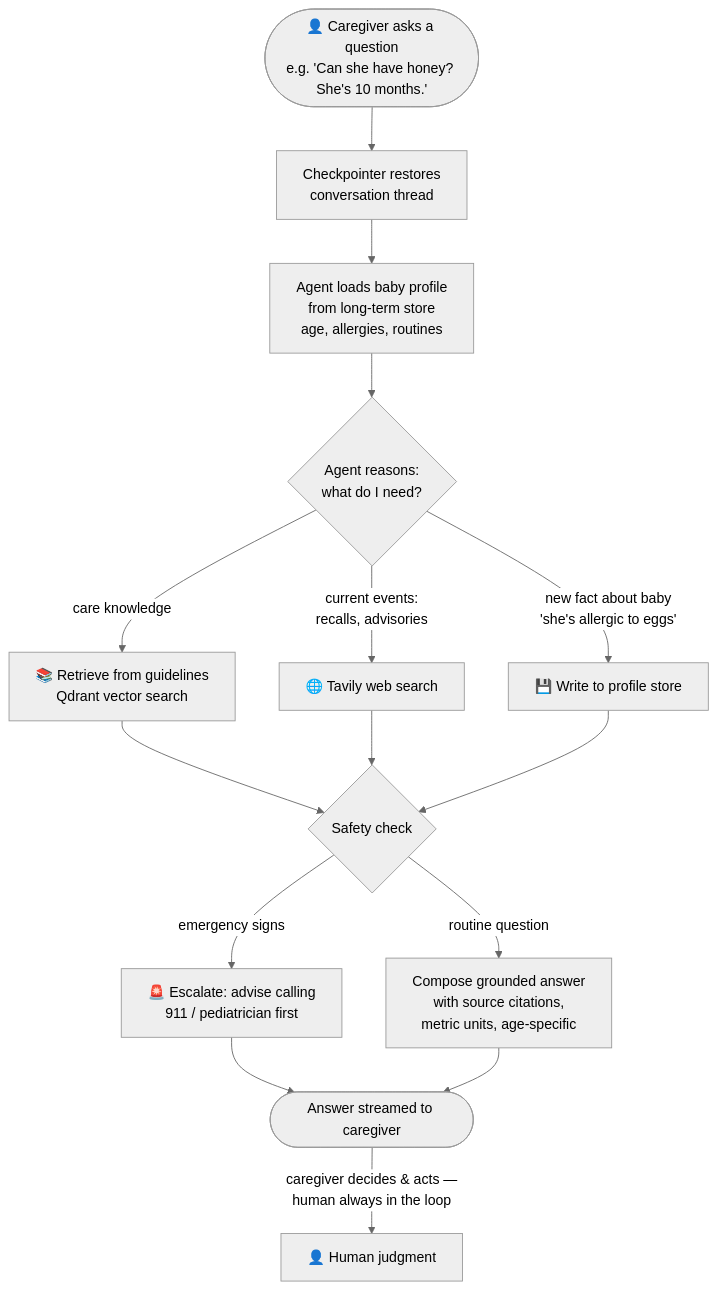
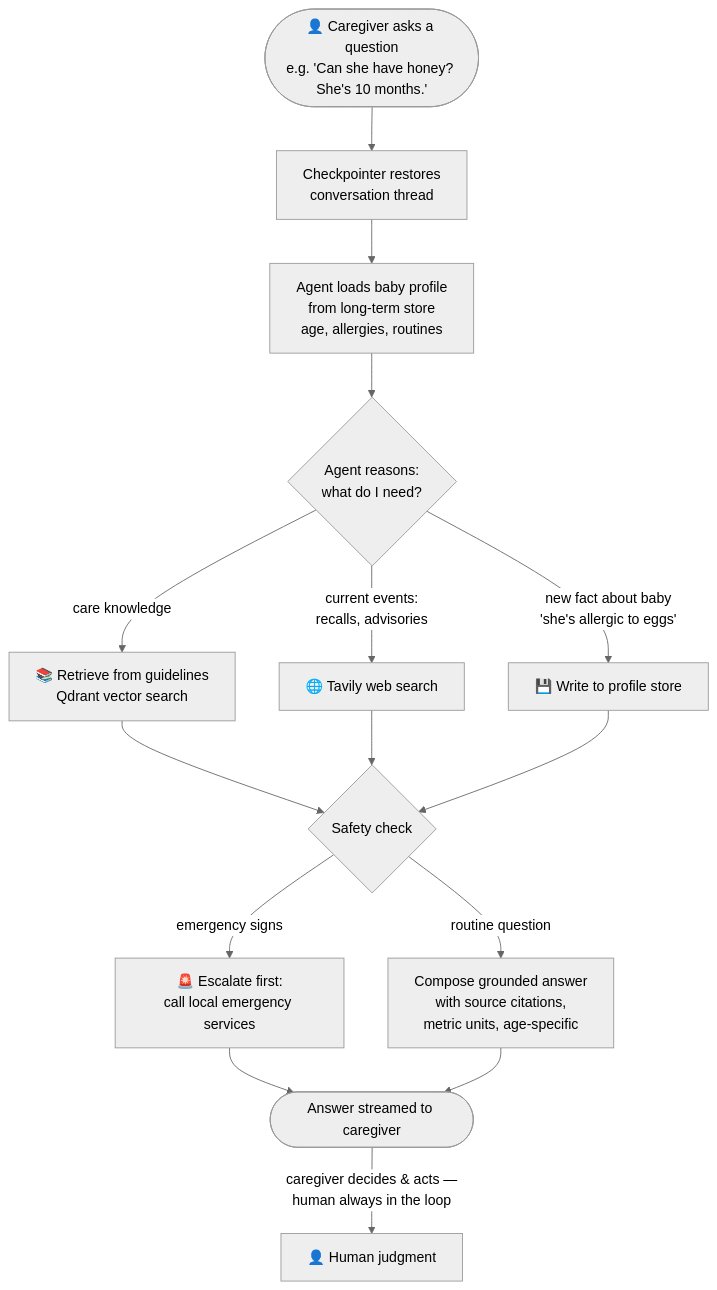
One commit to wiguo/beedoula changed the third of 3 diagrams in docs/certification-challenge.md. Above: the diagram before and after it, drawn with Mermaid (neutral theme). The commit also changed other lines of this file and 5 other files, not shown here.

````diff
--- a/docs/certification-challenge.md
+++ b/docs/certification-challenge.md
@@ -121,17 +121,17 @@
 ```mermaid
 flowchart TD
     U([👤 Caregiver asks a question<br/>e.g. 'Can she have honey? She's 10 months.']) --> T[Checkpointer restores<br/>conversation thread]
     T --> P[Agent loads baby profile<br/>from long-term store<br/>age, allergies, routines]
     P --> R{Agent reasons:<br/>what do I need?}
     R -- "care knowledge" --> RAG[📚 Retrieve from guidelines<br/>Qdrant vector search]
     R -- "current events:<br/>recalls, advisories" --> TV[🌐 Tavily web search]
     R -- "new fact about baby<br/>'she's allergic to eggs'" --> MEM[💾 Write to profile store]
     RAG --> S{Safety check}
     TV --> S
     MEM --> S
-    S -- "emergency signs" --> E[🚨 Escalate: advise calling<br/>911 / pediatrician first]
+    S -- "emergency signs" --> E[🚨 Escalate first:<br/>call local emergency services]
     S -- "routine question" --> A[Compose grounded answer<br/>with source citations,<br/>metric units, age-specific]
     E --> O([Answer streamed to caregiver])
     A --> O
     O -- "caregiver decides & acts —<br/>human always in the loop" --> H[👤 Human judgment]
 ```
````
